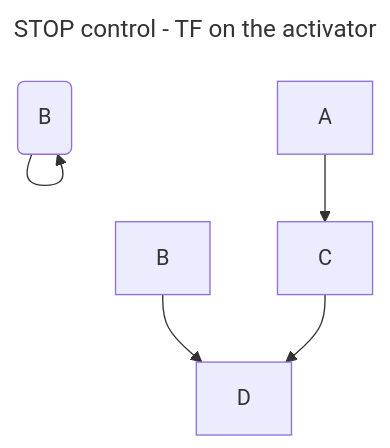
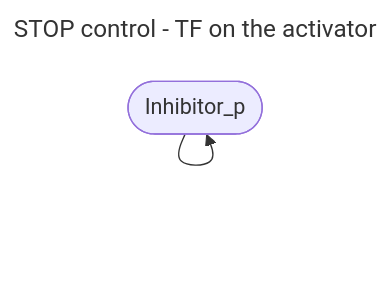
One commit to iamandreatonina/Master-s_thesis changed the diagram in README.md. Above: the diagram before and after it, drawn with Mermaid.

````diff
--- a/README.md
+++ b/README.md
@@ -12,10 +12,7 @@
 ```mermaid
 ---
 title: STOP control - TF on the activator
 ---
-graph TD;
-    id1(A)--> id1(B);
-    A-->C;
-    B-->D;
-    C-->D;
+flowchart TD
+    id1([Inhibitor]) --> id1([Inhibitor_p])
 ```
````
